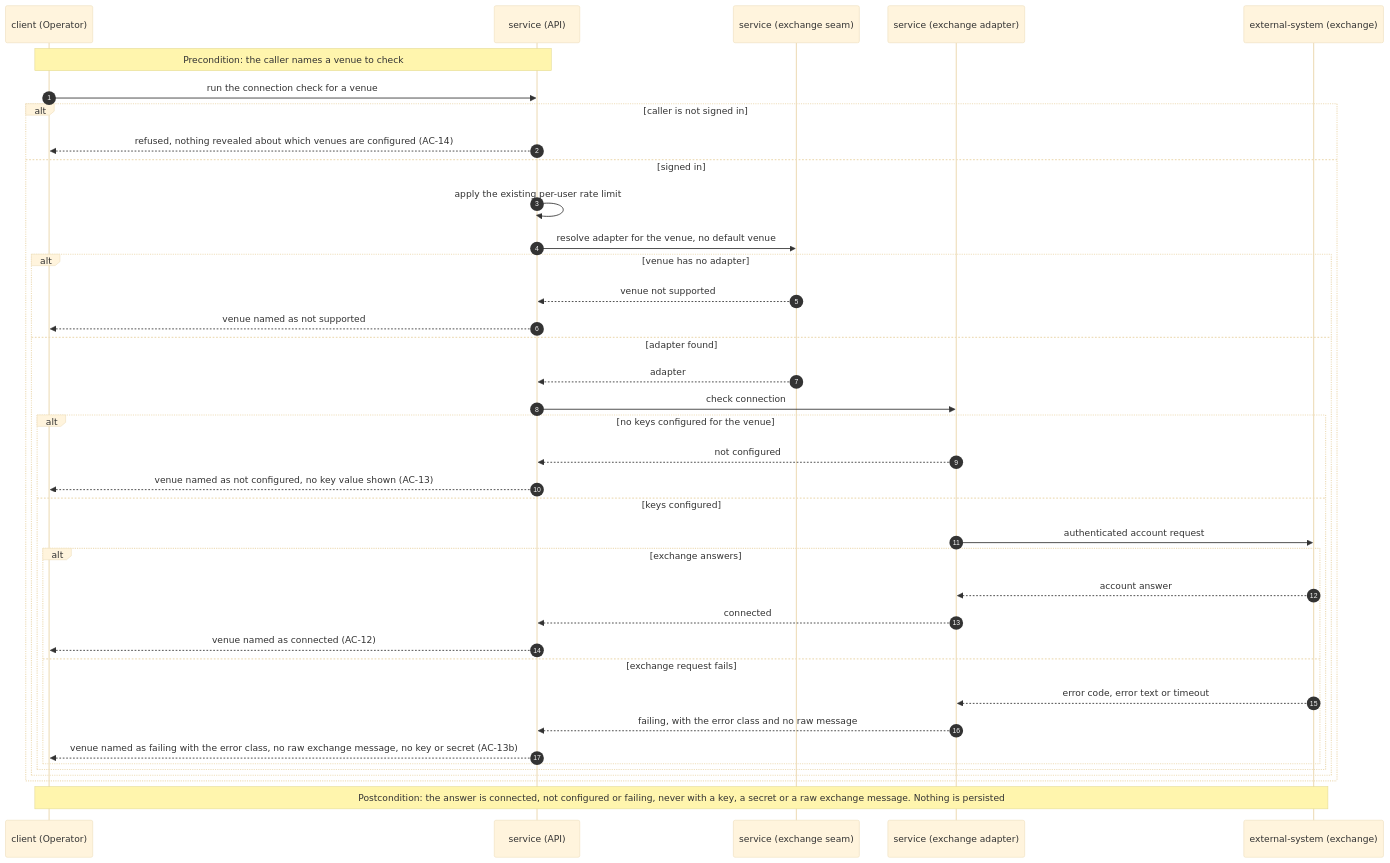
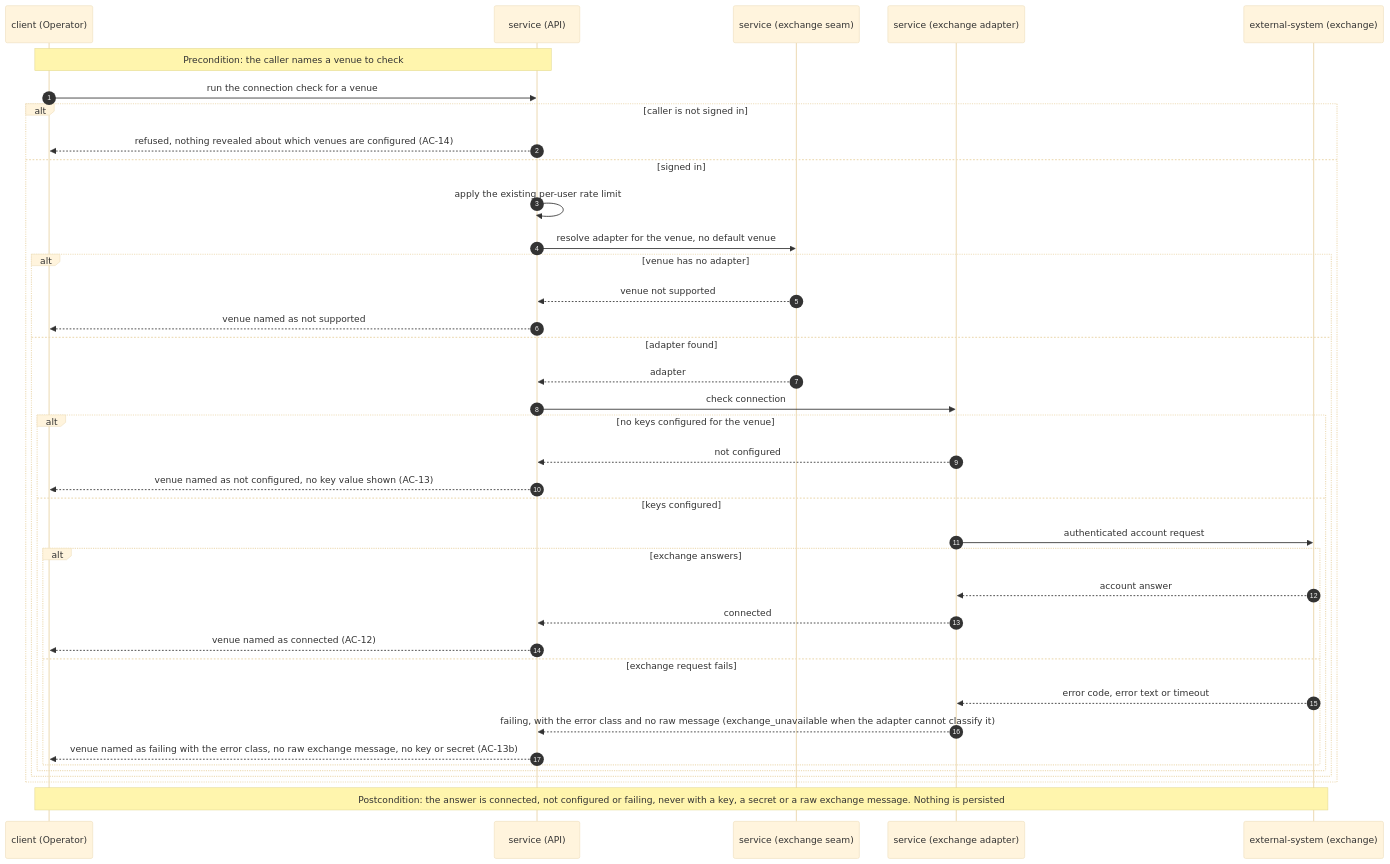
Diagram 12 of 14 in docs/features/exchange-adapter/sad.md (SoloOleh/AlgoTradeDynamics-experiments), drawn with Mermaid (base theme) before and after one commit. The commit also changed other lines of this file and 3 other files, not shown here.

First line of the commit message:
docs(exchange-adapter): document how an unclassified failure is reported

````diff
--- a/docs/features/exchange-adapter/sad.md
+++ b/docs/features/exchange-adapter/sad.md
@@ -666,41 +667,41 @@
 ```mermaid
 sequenceDiagram
     autonumber
     participant C as client (Operator)
     participant API as service (API)
     participant SEAM as service (exchange seam)
     participant AD as service (exchange adapter)
     participant EX as external-system (exchange)
 
     Note over C,API: Precondition: the caller names a venue to check
     C->>API: run the connection check for a venue
     alt caller is not signed in
         API-->>C: refused, nothing revealed about which venues are configured (AC-14)
     else signed in
         API->>API: apply the existing per-user rate limit
         API->>SEAM: resolve adapter for the venue, no default venue
         alt venue has no adapter
             SEAM-->>API: venue not supported
             API-->>C: venue named as not supported
         else adapter found
             SEAM-->>API: adapter
             API->>AD: check connection
             alt no keys configured for the venue
                 AD-->>API: not configured
                 API-->>C: venue named as not configured, no key value shown (AC-13)
             else keys configured
                 AD->>EX: authenticated account request
                 alt exchange answers
                     EX-->>AD: account answer
                     AD-->>API: connected
                     API-->>C: venue named as connected (AC-12)
                 else exchange request fails
                     EX-->>AD: error code, error text or timeout
-                    AD-->>API: failing, with the error class and no raw message
+                    AD-->>API: failing, with the error class and no raw message (exchange_unavailable when the adapter cannot classify it)
                     API-->>C: venue named as failing with the error class, no raw exchange message, no key or secret (AC-13b)
                 end
             end
         end
     end
     Note over C,EX: Postcondition: the answer is connected, not configured or failing, never with a key, a secret or a raw exchange message. Nothing is persisted
 ```
````
